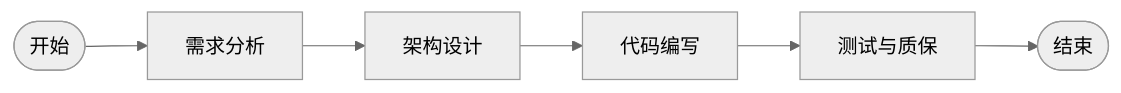
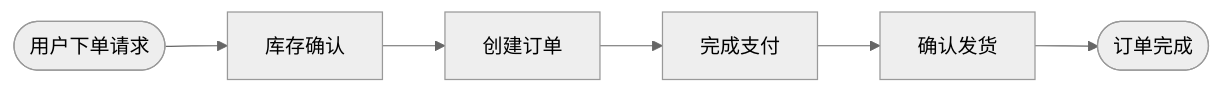
One commit to TBice123123/langchain-dev-utils changed the first of 2 diagrams in docs/zh/adavance-guide/pipeline.md. Above: the diagram before and after it, drawn with Mermaid (neutral theme). The commit also changed other lines of this file and 11 other files, not shown here.

````diff
--- a/docs/zh/adavance-guide/pipeline.md
+++ b/docs/zh/adavance-guide/pipeline.md
@@ -130,11 +24,11 @@
 ```mermaid
 graph LR
-    Start([开始])
-    Req[需求分析]
-    Arch[架构设计]
-    Code[代码编写]
-    Test[测试与质保]
-    End([结束])
+    Start([用户下单请求])
+    Inv[库存确认]
+    Ord[创建订单]
+    Pay[完成支付]
+    Del[确认发货]
+    End([订单完成])
 
-    Start --> Req --> Arch --> Code --> Test --> End
+    Start --> Inv --> Ord --> Pay --> Del --> End
 ```
````
